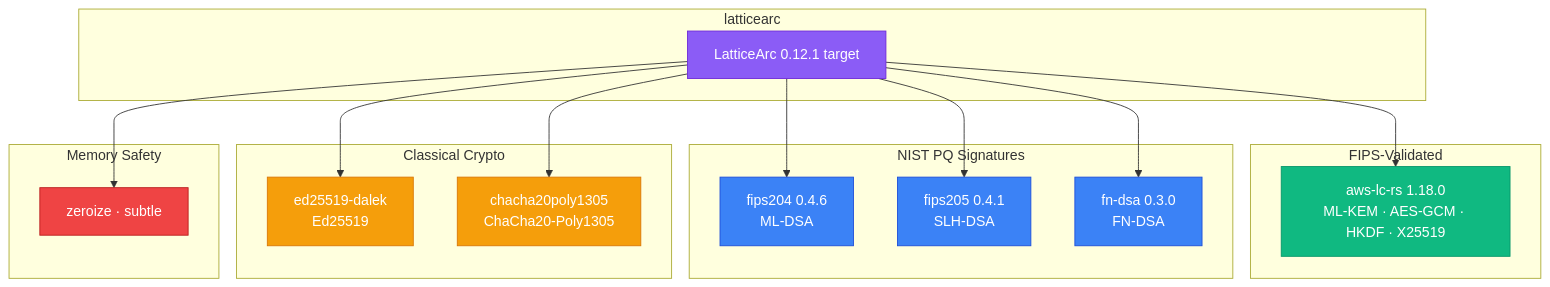
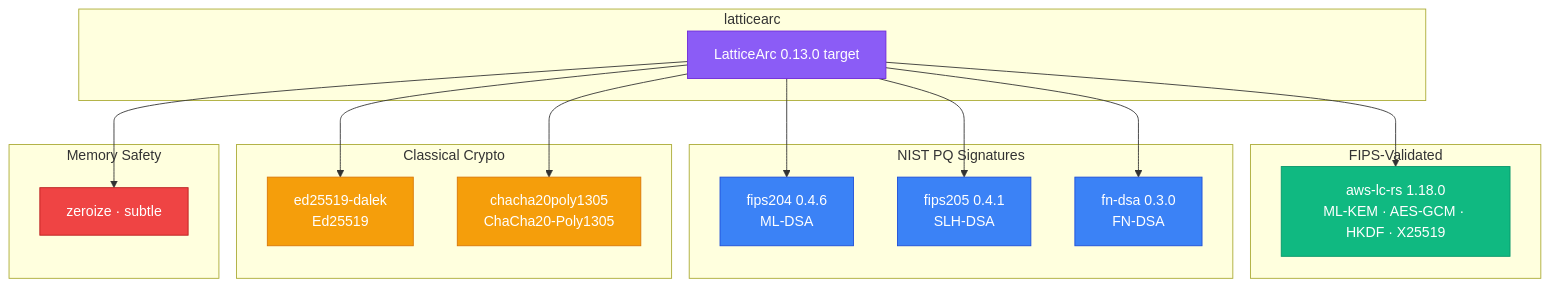
The diagram in docs/DEPENDENCY_JUSTIFICATION.md (LatticeArc/latticearc), drawn with Mermaid before and after one commit. The commit also changed other lines of this file and 10 other files, not shown here.

````diff
--- a/docs/DEPENDENCY_JUSTIFICATION.md
+++ b/docs/DEPENDENCY_JUSTIFICATION.md
@@ -12,45 +12,45 @@
 ```mermaid
 flowchart TB
     subgraph "latticearc"
-        LA[LatticeArc 0.12.1 target]
+        LA[LatticeArc 0.13.0 target]
     end
 
     subgraph "FIPS-Validated"
         AWSLC["aws-lc-rs 1.18.0\nML-KEM · AES-GCM · HKDF · X25519"]
     end
 
     subgraph "NIST PQ Signatures"
         F204["fips204 0.4.6\nML-DSA"]
         F205["fips205 0.4.1\nSLH-DSA"]
         FNDSA["fn-dsa 0.3.0\nFN-DSA"]
     end
 
     subgraph "Classical Crypto"
         DALEK["ed25519-dalek\nEd25519"]
         CHA["chacha20poly1305\nChaCha20-Poly1305"]
     end
 
     subgraph "Memory Safety"
         ZERO["zeroize · subtle"]
     end
 
     LA --> AWSLC
     LA --> F204
     LA --> F205
     LA --> FNDSA
     LA --> DALEK
     LA --> CHA
     LA --> ZERO
 
     classDef main fill:#8b5cf6,stroke:#6d28d9,color:#fff
     classDef fips fill:#10b981,stroke:#059669,color:#fff
     classDef nist fill:#3b82f6,stroke:#1d4ed8,color:#fff
     classDef cl fill:#f59e0b,stroke:#d97706,color:#fff
     classDef safety fill:#ef4444,stroke:#b91c1c,color:#fff
 
     class LA main
     class AWSLC fips
     class F204,F205,FNDSA nist
     class DALEK,CHA cl
     class ZERO safety
 ```
````
